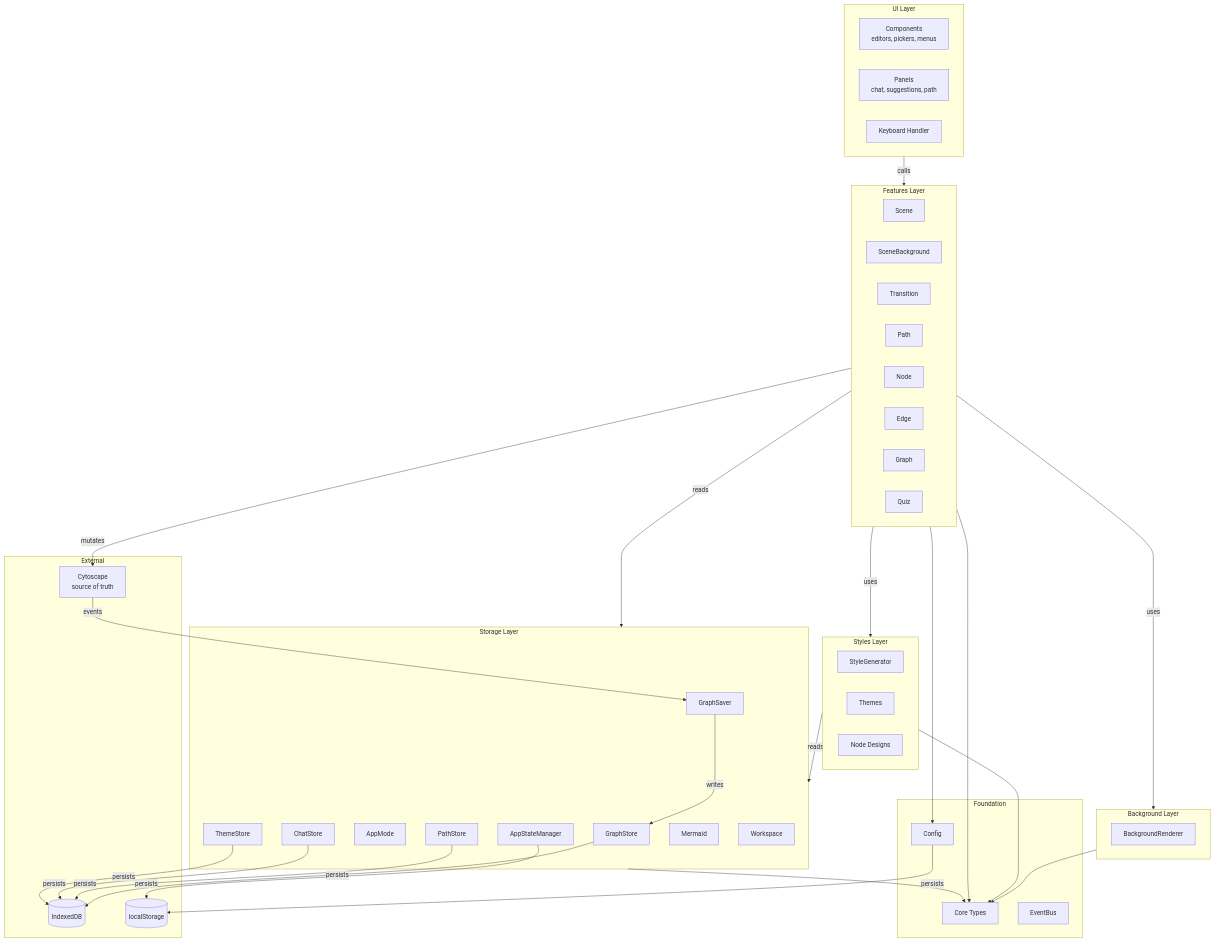
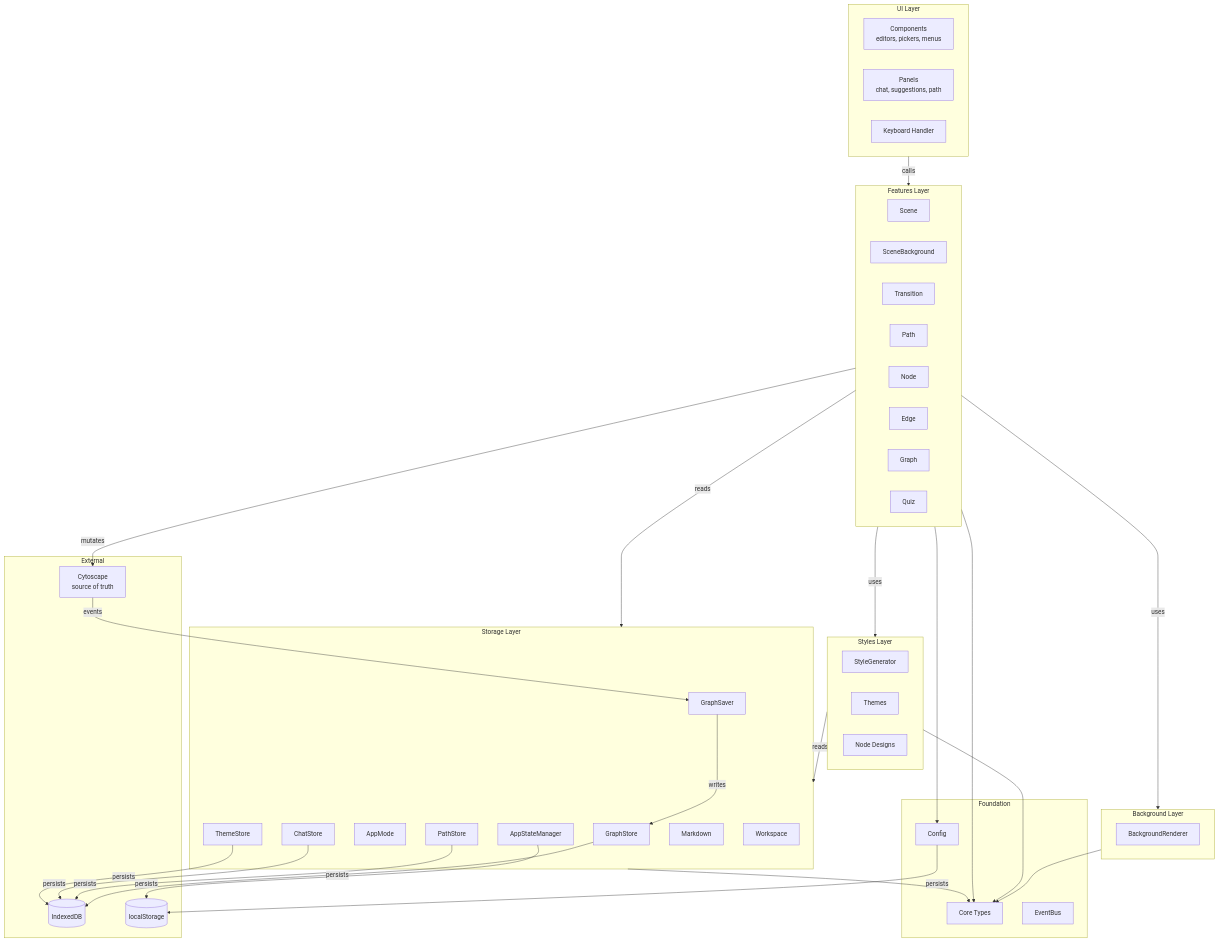
The diagram in docs/architecture.md (ebuyakin/knogra), drawn with Mermaid before and after one commit. The commit also changed other lines of this file and 89 other files, not shown here.

````diff
--- a/docs/architecture.md
+++ b/docs/architecture.md
@@ -95,76 +95,76 @@
 ```mermaid
 graph TD
     subgraph UI["UI Layer"]
         Components[Components<br/>editors, pickers, menus]
         Panels[Panels<br/>chat, suggestions, path]
         Keyboard[Keyboard Handler]
     end
 
     subgraph Features["Features Layer"]
         Scene[Scene]
         SceneBg[SceneBackground]
         Transition[Transition]
         Path[Path]
         NodeF[Node]
         EdgeF[Edge]
         GraphF[Graph]
         QuizF[Quiz]
     end
 
     subgraph Background["Background Layer"]
         BgRenderer[BackgroundRenderer]
     end
 
     subgraph Styles["Styles Layer"]
         StyleGen[StyleGenerator]
         Themes[Themes]
         Designs[Node Designs]
     end
 
     subgraph Storage["Storage Layer"]
         GraphStore[GraphStore]
         GraphSaver[GraphSaver]
         AppState[AppStateManager]
         AppMode[AppMode]
         PathStore[PathStore]
         ChatStore[ChatStore]
         ThemeStore[ThemeStore]
-        Mermaid[Mermaid]
+        Mermaid[Markdown]
         Workspace[Workspace]
     end
 
     subgraph Foundation["Foundation"]
         Core[Core Types]
         Config[Config]
         Events[EventBus]
     end
 
     subgraph External["External"]
         Cytoscape[Cytoscape<br/>source of truth]
         IndexedDB[(IndexedDB)]
         LocalStorage[(localStorage)]
     end
 
     UI -->|calls| Features
     Features -->|mutates| Cytoscape
     Features -->|uses| Background
     Features -->|uses| Styles
     Features -->|reads| Storage
     Background --> Core
     Styles --> Core
     Styles -->|reads| Storage
     
     Cytoscape -->|events| GraphSaver
     GraphSaver -->|writes| GraphStore
     GraphStore -->|persists| IndexedDB
     PathStore -->|persists| IndexedDB
     ChatStore -->|persists| IndexedDB
     ThemeStore -->|persists| IndexedDB
     
     AppState -->|persists| LocalStorage
     Config -->|persists| LocalStorage
     
     Features --> Core
     Features --> Config
     Storage --> Core
 ```
````
